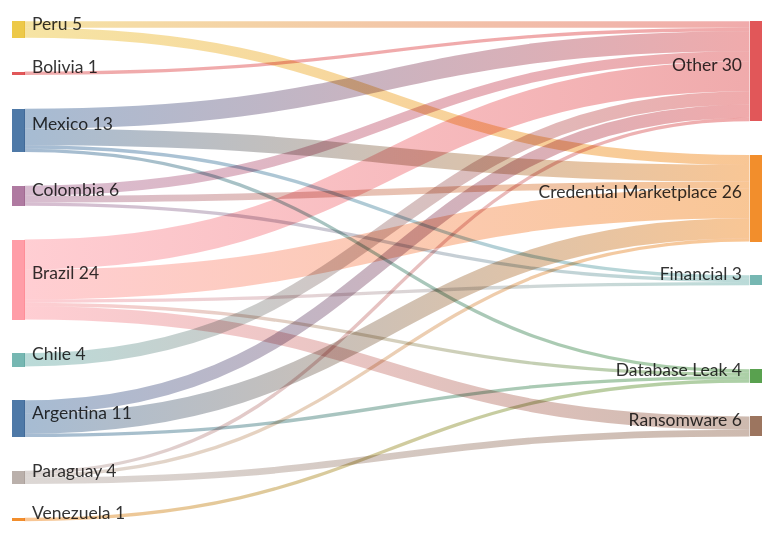
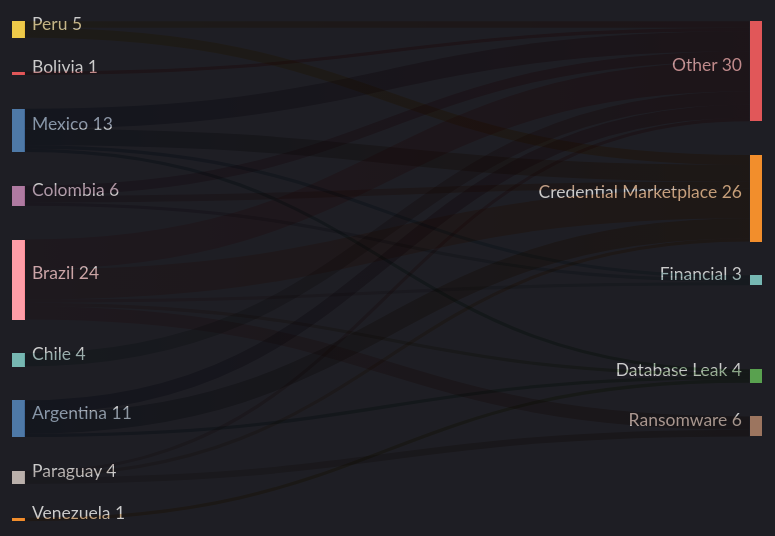
The third of 5 diagrams in exfiltradaz.md (ZoqueLabs/website), drawn with Mermaid before and after one commit. The commit also changed other lines of this file and 1 other file, not shown here.

````diff
--- a/exfiltradaz.md
+++ b/exfiltradaz.md
@@ -74,26 +82,30 @@
 ```mermaid
+---
+config:
+  theme: dark
+---
 sankey-beta
   Mexico,Credential Marketplace,5
   Mexico,Other,6
   Mexico,Financial,1
   Mexico,Database Leak,1
   Peru,Credential Marketplace,3
   Peru,Other,2
   Colombia,Other,3
   Colombia,Financial,1
   Colombia,Credential Marketplace,2
   Brazil,Ransomware,4
   Brazil,Financial,1
   Brazil,Other,9
   Brazil,Credential Marketplace,9
   Brazil,Database Leak,1
   Paraguay,Ransomware,2
   Paraguay,Other,1
   Paraguay,Credential Marketplace,1
   Argentina,Other,4
   Argentina,Database Leak,1
   Argentina,Credential Marketplace,6
   Venezuela,Database Leak,1
   Bolivia,Other,1
   Chile,Other,4
 ```
````
